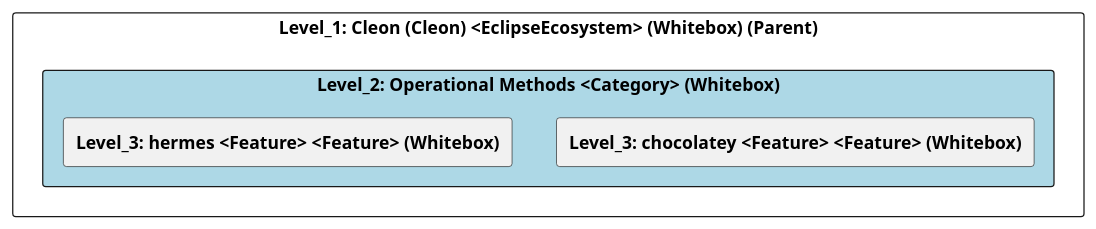
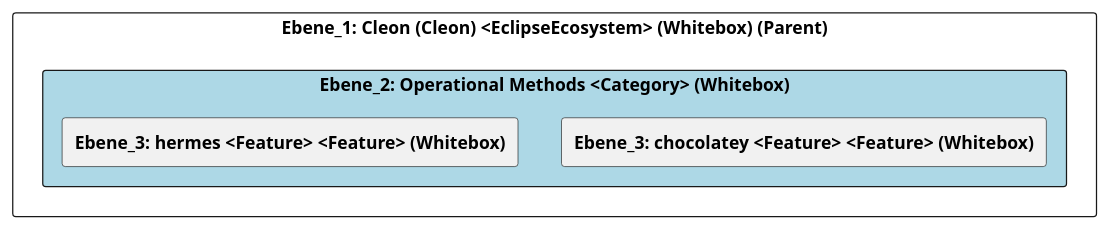
The diagram in doc/cleonproject_deliverables_architecture_model_architecture/adoc/de/05_bausteinsicht/cleon/operational_methods/ebene_2_operational methods.adoc (marcozwyssig/cleon), drawn with PlantUML before and after one commit. The commit also changed other lines of this file and 258 other files, not shown here.

```diff
--- a/doc/cleonproject_deliverables_architecture_model_architecture/adoc/de/05_bausteinsicht/cleon/operational_methods/ebene_2_operational methods.adoc
+++ b/doc/cleonproject_deliverables_architecture_model_architecture/adoc/de/05_bausteinsicht/cleon/operational_methods/ebene_2_operational methods.adoc
@@ -24,25 +24,25 @@
-[plantuml, Level_2: Operational Methods <Category> (Whitebox)BlockOverview, format="svg"]
+[plantuml, Ebene_2: Operational Methods <Category> (Whitebox)BlockOverview, format="svg"]
 ----
-@startuml Level_2: Operational Methods <Category> (Whitebox)BuildingBlockOverview
+@startuml Ebene_2: Operational Methods <Category> (Whitebox)BuildingBlockOverview
 
 skinparam ranksep 10
 skinparam componentStyle rectangle
 skinparam shadowing false
 skinparam arrowColor lightblue
 skinparam arrowThickness 1.2
 skinparam rectangle {
   BackgroundColor White
   BorderColor #333
   RoundCorner 10
 }
 top to bottom direction
 
-component "Level_1: Cleon (Cleon) <EclipseEcosystem> (Whitebox) (Parent)" {
-    component "Level_2: Operational Methods <Category> (Whitebox)" #lightblue {
-        [**Level_3: chocolatey <Feature> <Feature> (Whitebox)**] as 49055817_D579_11EE_903E_9F564E4DE07E
-        [**Level_3: hermes <Feature> <Feature> (Whitebox)**] as 3BB60AD5_D421_11EF_BDEF_4D33DBCE89CB
+component "Ebene_1: Cleon (Cleon) <EclipseEcosystem> (Whitebox) (Parent)" {
+    component "Ebene_2: Operational Methods <Category> (Whitebox)" #lightblue {
+        [**Ebene_3: chocolatey <Feature> <Feature> (Whitebox)**] as 49055817_D579_11EE_903E_9F564E4DE07E
+        [**Ebene_3: hermes <Feature> <Feature> (Whitebox)**] as 3BB60AD5_D421_11EF_BDEF_4D33DBCE89CB
     }
 }
 
 @enduml
 ----
```
